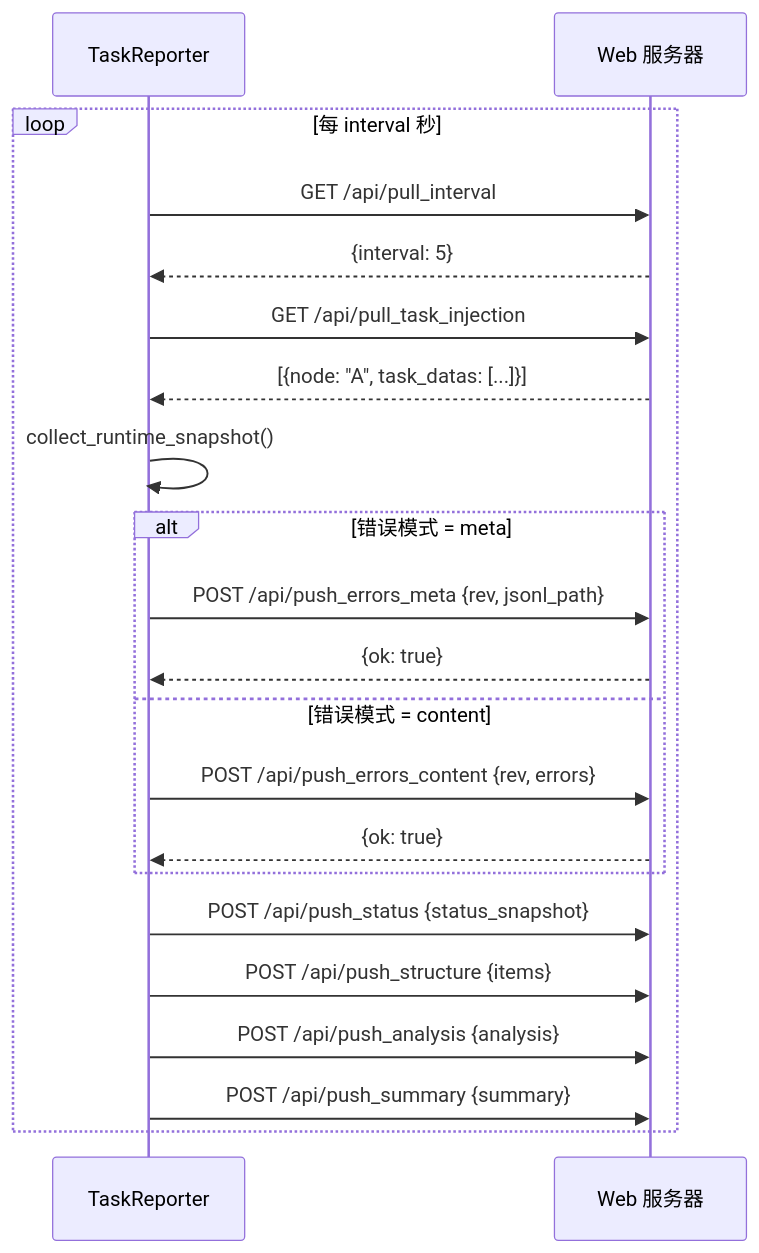
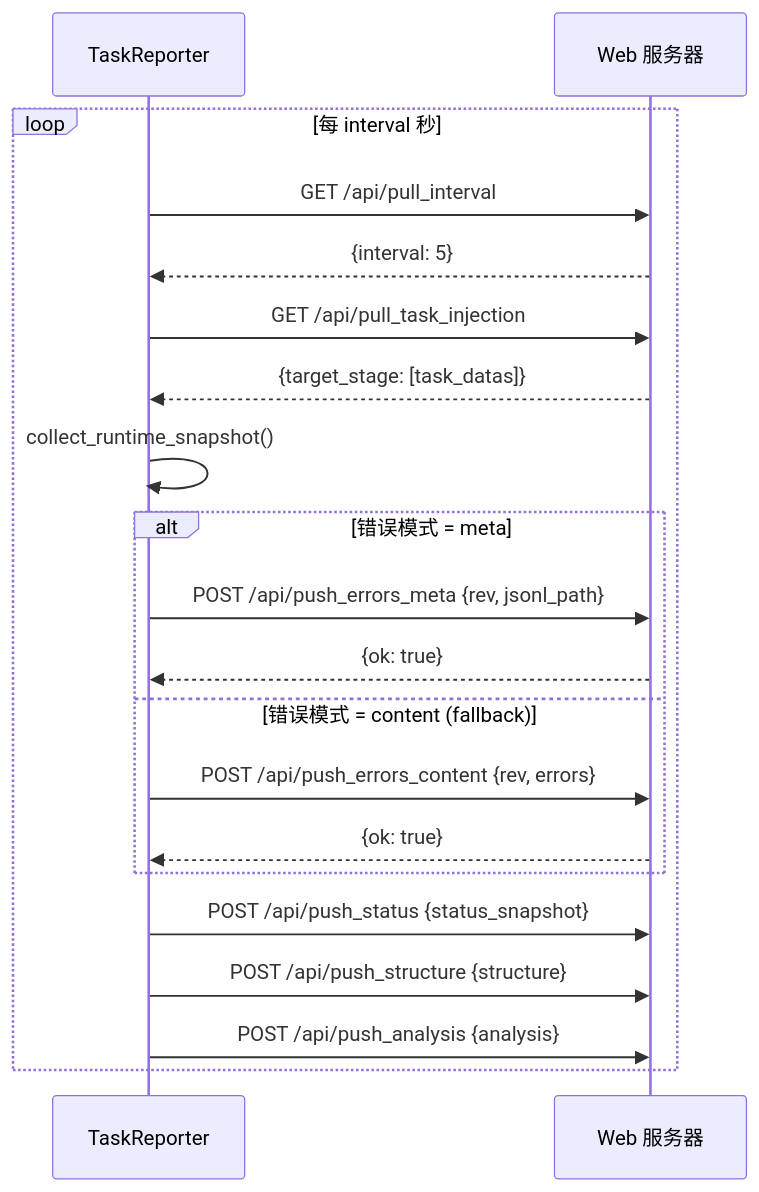
One commit to Mr-xiaotian/CelestialFlow changed the diagram in docs/zh-CN/src/observability/core_report.md. Above: the diagram before and after it, drawn with Mermaid. The commit also changed other lines of this file and 94 other files, not shown here.

````diff
--- a/docs/zh-CN/src/observability/core_report.md
+++ b/docs/zh-CN/src/observability/core_report.md
@@ -48,28 +60,27 @@
 ```mermaid
 sequenceDiagram
     participant R as TaskReporter
     participant S as Web 服务器
 
     loop 每 interval 秒
         R->>S: GET /api/pull_interval
         S-->>R: {interval: 5}
 
         R->>S: GET /api/pull_task_injection
-        S-->>R: [{node: "A", task_datas: [...]}]
+        S-->>R: {target_stage: [task_datas]}
 
         R->>R: collect_runtime_snapshot()
 
         alt 错误模式 = meta
             R->>S: POST /api/push_errors_meta {rev, jsonl_path}
             S-->>R: {ok: true}
-        else 错误模式 = content
+        else 错误模式 = content (fallback)
             R->>S: POST /api/push_errors_content {rev, errors}
             S-->>R: {ok: true}
         end
 
         R->>S: POST /api/push_status {status_snapshot}
-        R->>S: POST /api/push_structure {items}
+        R->>S: POST /api/push_structure {structure}
         R->>S: POST /api/push_analysis {analysis}
-        R->>S: POST /api/push_summary {summary}
     end
 ```
````
